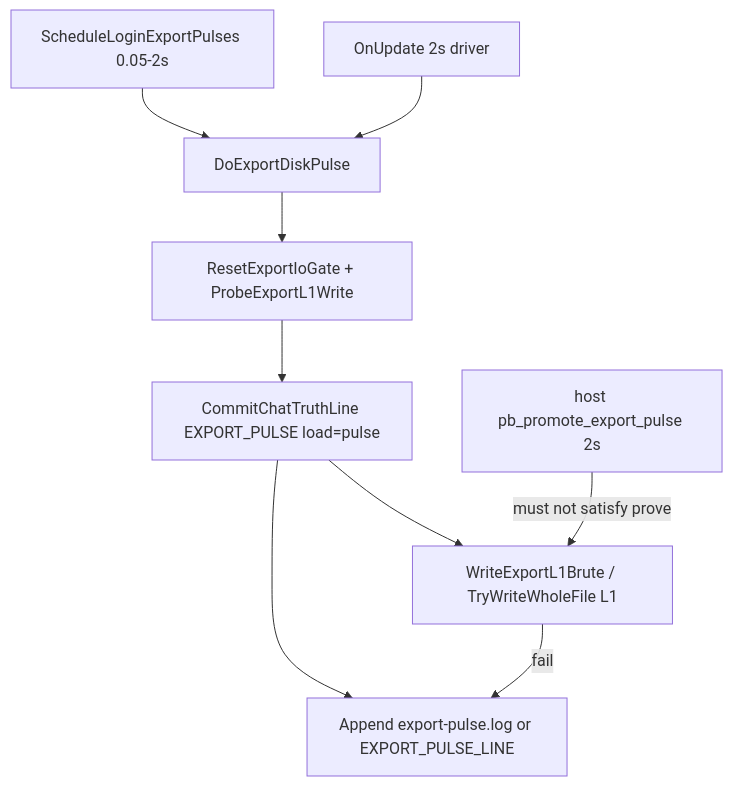
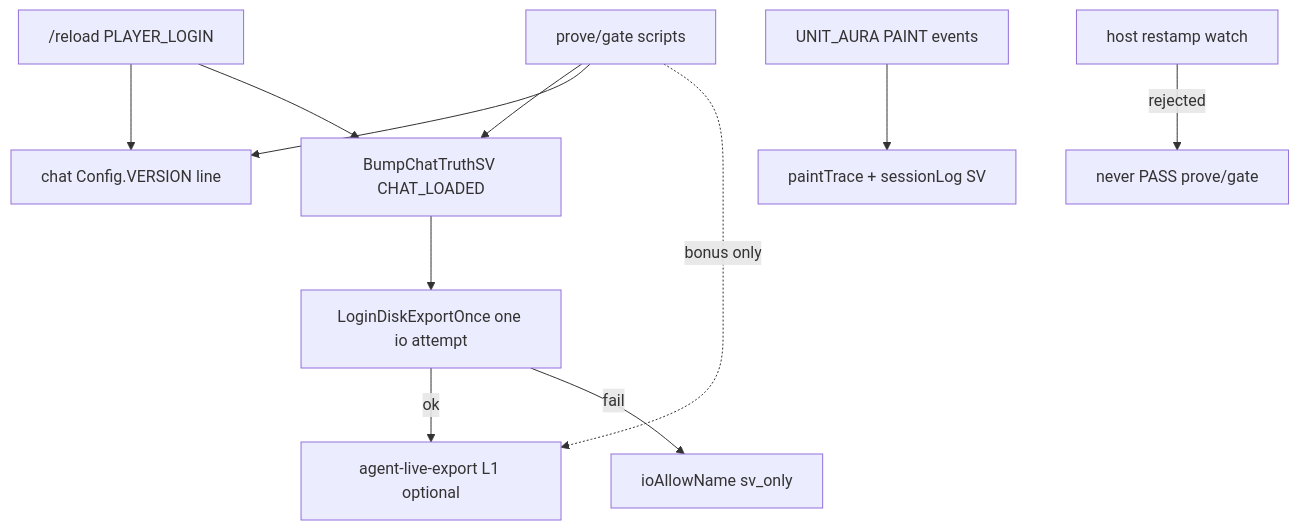
One commit to sirTurbisCZ/wow-forever-addons changed the first of 3 diagrams in addons/Plateband/Docs/loops.md. Above: the diagram before and after it, drawn with Mermaid. The commit also changed other lines of this file and 12 other files, not shown here.

First line of the commit message:
Live telemetry 0.3.05: SV-primary, login-only disk export

````diff
--- a/addons/Plateband/Docs/loops.md
+++ b/addons/Plateband/Docs/loops.md
@@ -7,11 +7,13 @@
 ```mermaid
 flowchart TD
-  login[ScheduleLoginExportPulses 0.05-2s] --> pulse[DoExportDiskPulse]
-  tick[OnUpdate 2s driver] --> pulse
-  pulse --> gate[ResetExportIoGate + ProbeExportL1Write]
-  gate --> stamp[CommitChatTruthLine EXPORT_PULSE load=pulse]
-  stamp --> w[WriteExportL1Brute / TryWriteWholeFile L1]
-  stamp --> a[Append export-pulse.log or EXPORT_PULSE_LINE]
-  w -->|fail| a
-  host[host pb_promote_export_pulse 2s] -->|must not satisfy prove| w
+  reload["/reload PLAYER_LOGIN"] --> chat[chat Config.VERSION line]
+  reload --> sv[BumpChatTruthSV CHAT_LOADED]
+  sv --> once[LoginDiskExportOnce one io attempt]
+  once -->|ok| disk[agent-live-export L1 optional]
+  once -->|fail| svonly[ioAllowName sv_only]
+  paint[UNIT_AURA PAINT events] --> ring[paintTrace + sessionLog SV]
+  host[host restamp watch] -->|rejected| x[never PASS prove/gate]
+  prove[prove/gate scripts] --> sv
+  prove --> chat
+  prove -.->|bonus only| disk
 ```
````
